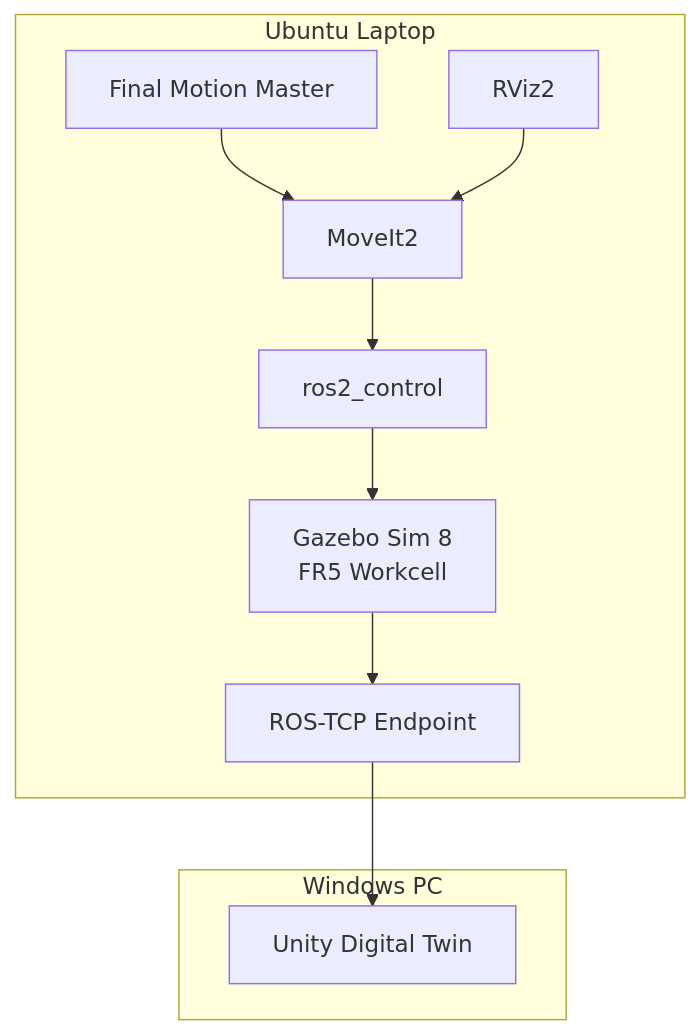
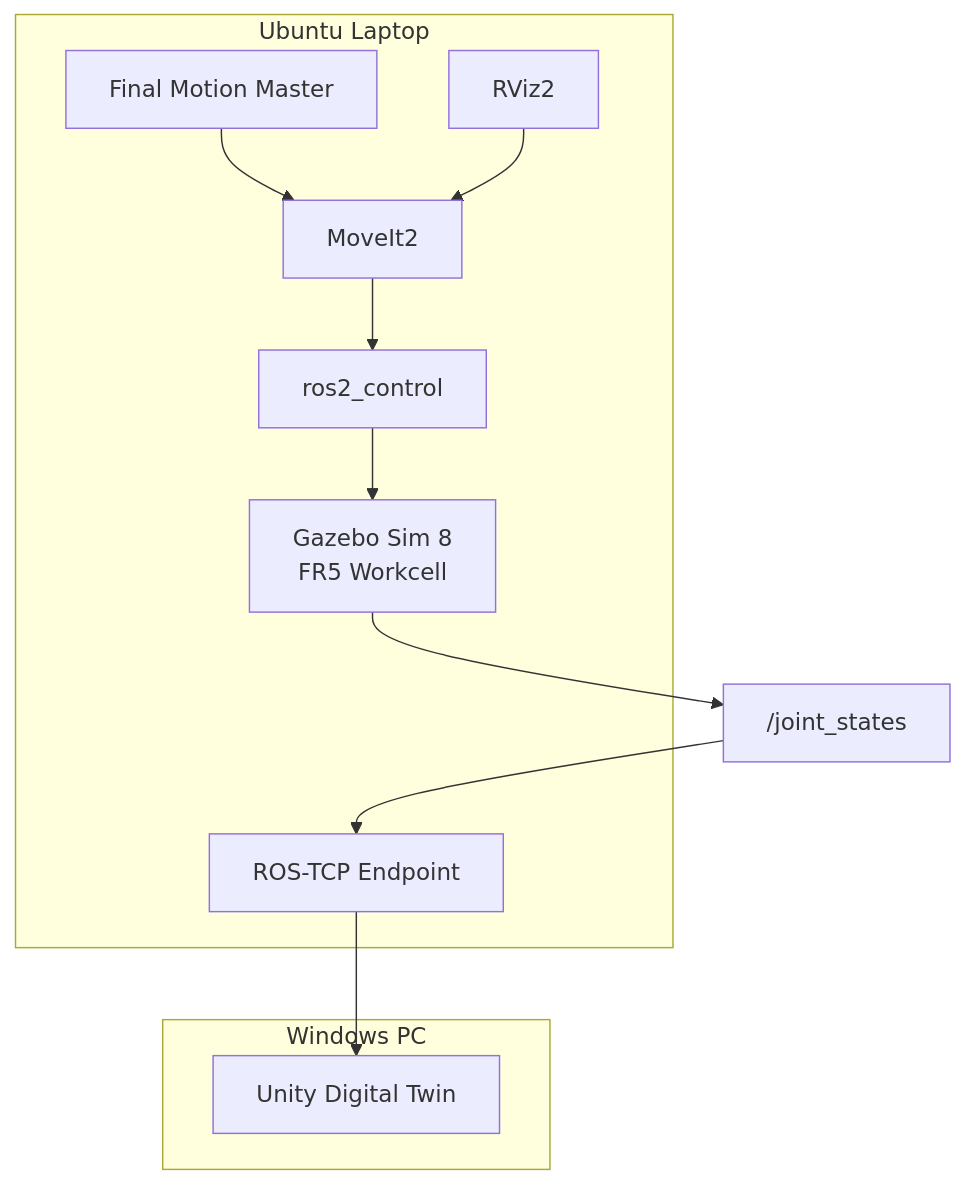
One commit to seongyeop-dev/fr5-unity-digital-twin changed the diagram in docs/15_laptop_ros2_simulation_runtime.md. Above: the diagram before and after it, drawn with Mermaid. The commit also changed other lines of this file and 49 other files, not shown here.

````diff
--- a/docs/15_laptop_ros2_simulation_runtime.md
+++ b/docs/15_laptop_ros2_simulation_runtime.md
@@ -27,22 +27,23 @@
 ```mermaid
 flowchart TB
     subgraph LAP["Ubuntu Laptop"]
         G["Gazebo Sim 8<br/>FR5 Workcell"]
         C["ros2_control"]
         M["MoveIt2"]
         R["RViz2"]
         F["Final Motion Master"]
         T["ROS-TCP Endpoint"]
     end
 
     subgraph WIN["Windows PC"]
         U["Unity Digital Twin"]
     end
 
     F --> M
     M --> C
     C --> G
-    G --> T
+    G --> JS["/joint_states"]
+    JS --> T
     T --> U
     R --> M
 ```
````
